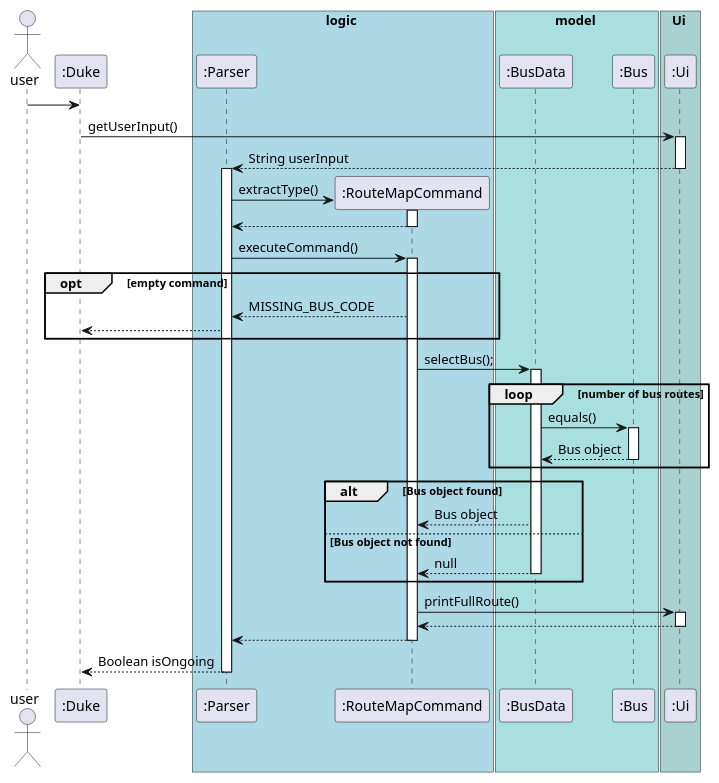
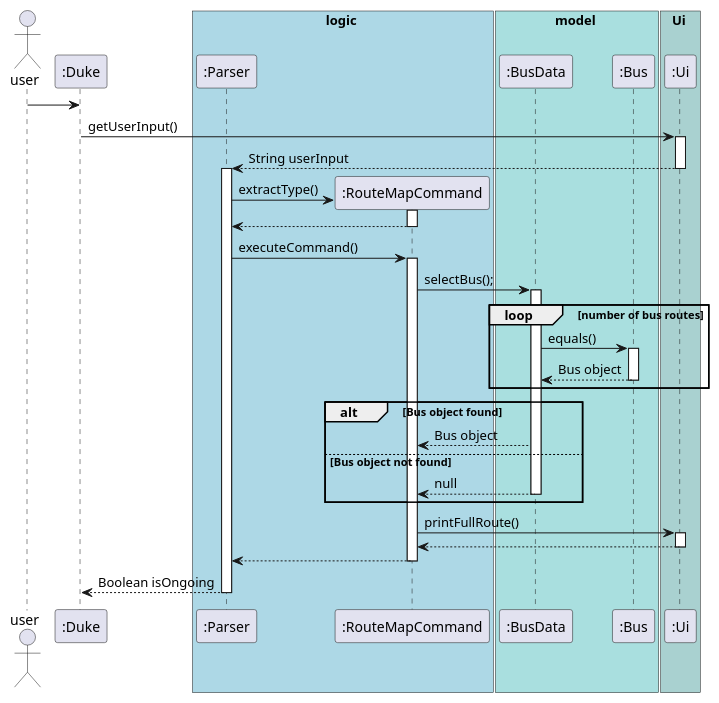
The diagram in docs/DG_Diagrams/RouteMapCommandSeq.puml (nus-cs2113-AY2021S1/tp), drawn with PlantUML before and after one commit.

Commit message:
Removal of exception throwing from sequence diagram in routemapclass

```diff
--- a/docs/DG_Diagrams/RouteMapCommandSeq.puml
+++ b/docs/DG_Diagrams/RouteMapCommandSeq.puml
@@ -1,61 +1,56 @@
 @startuml
 actor user
 participant ":Duke"
 box logic #LightBlue
 participant ":Parser"
 participant ":RouteMapCommand"
 end box
 box model #A9DFDF
 participant ":BusData"
 participant ":Bus"
 end box
 box Ui #A9D1D0
 participant ":Ui"
 end box
 
 user ->":Duke"
 ":Duke" -> ":Ui" : getUserInput()
 activate ":Ui"
 ":Ui" --> ":Parser": String userInput
 deactivate ":Ui"
 
 activate ":Parser"
 create ":RouteMapCommand"
 ":Parser" -> ":RouteMapCommand" :extractType()
 activate ":RouteMapCommand"
 ":RouteMapCommand" --> ":Parser"
 deactivate ":RouteMapCommand"
 ":Parser" -> ":RouteMapCommand" : executeCommand()
 activate ":RouteMapCommand"
-opt empty command
-    ":RouteMapCommand" --> ":Parser" : MISSING_BUS_CODE
-    ":Parser" --> ":Duke"
-end
-
 ":RouteMapCommand" -> ":BusData" : selectBus();
 activate ":BusData"
 loop number of bus routes
     ":BusData" -> ":Bus" : equals()
      activate ":Bus"
     ":Bus" --> ":BusData" : Bus object
     deactivate ":Bus"
 end
 
 alt Bus object found
 ":BusData" --> ":RouteMapCommand" : Bus object
 else Bus object not found
 ":BusData" --> ":RouteMapCommand" : null
 deactivate ":BusData"
 end
 ":RouteMapCommand" -> ":Ui" : printFullRoute()
 activate ":Ui"
 ":Ui" --> ":RouteMapCommand"
 deactivate ":Ui"
 
 ":RouteMapCommand" --> ":Parser"
 deactivate ":RouteMapCommand"
 ":Parser" --> ":Duke":Boolean isOngoing
 deactivate ":Parser"
 
 
 @enduml
```
